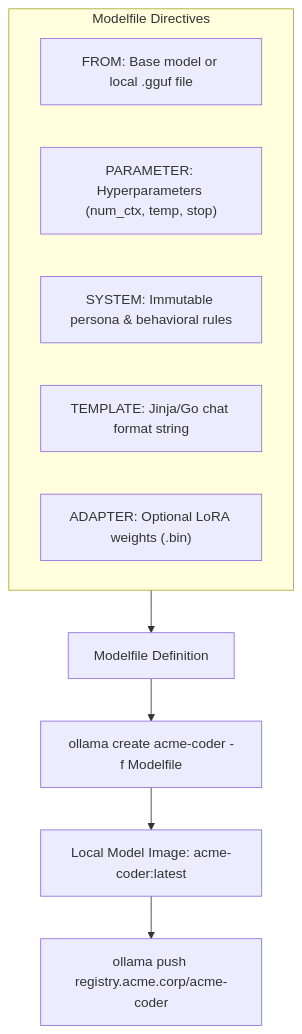
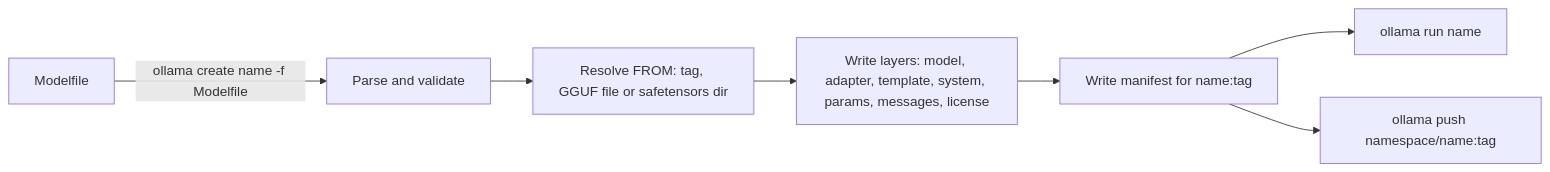
One commit to TheLearningHubOrg/learn-ollama changed the seventh of 31 diagrams in README.md. Above: the diagram before and after it, drawn with Mermaid. The commit also changed other lines of this file and 37 other files, not shown here.

````diff
--- a/README.md
+++ b/README.md
@@ -220,16 +847,9 @@
 ```mermaid
-flowchart TD
-    MF["Modelfile Definition"] --> Build["ollama create acme-coder -f Modelfile"]
-    
-    subgraph Instructions["Modelfile Directives"]
-        F1["FROM: Base model or local .gguf file"]
-        P1["PARAMETER: Hyperparameters (num_ctx, temp, stop)"]
-        S1["SYSTEM: Immutable persona & behavioral rules"]
-        T1["TEMPLATE: Jinja/Go chat format string"]
-        A1["ADAPTER: Optional LoRA weights (.bin)"]
-    end
-
-    Instructions --> MF
-    Build --> LocalTag["Local Model Image: acme-coder:latest"]
-    LocalTag --> Push["ollama push registry.acme.corp/acme-coder"]
+flowchart LR
+    MF["Modelfile"] -->|"ollama create name -f Modelfile"| P["Parse and validate"]
+    P --> BASE["Resolve FROM: tag, GGUF file or safetensors dir"]
+    BASE --> LAYERS["Write layers: model, adapter, template, system, params, messages, license"]
+    LAYERS --> MAN["Write manifest for name:tag"]
+    MAN --> RUN["ollama run name"]
+    MAN --> PUSH["ollama push namespace/name:tag"]
 ```
````
